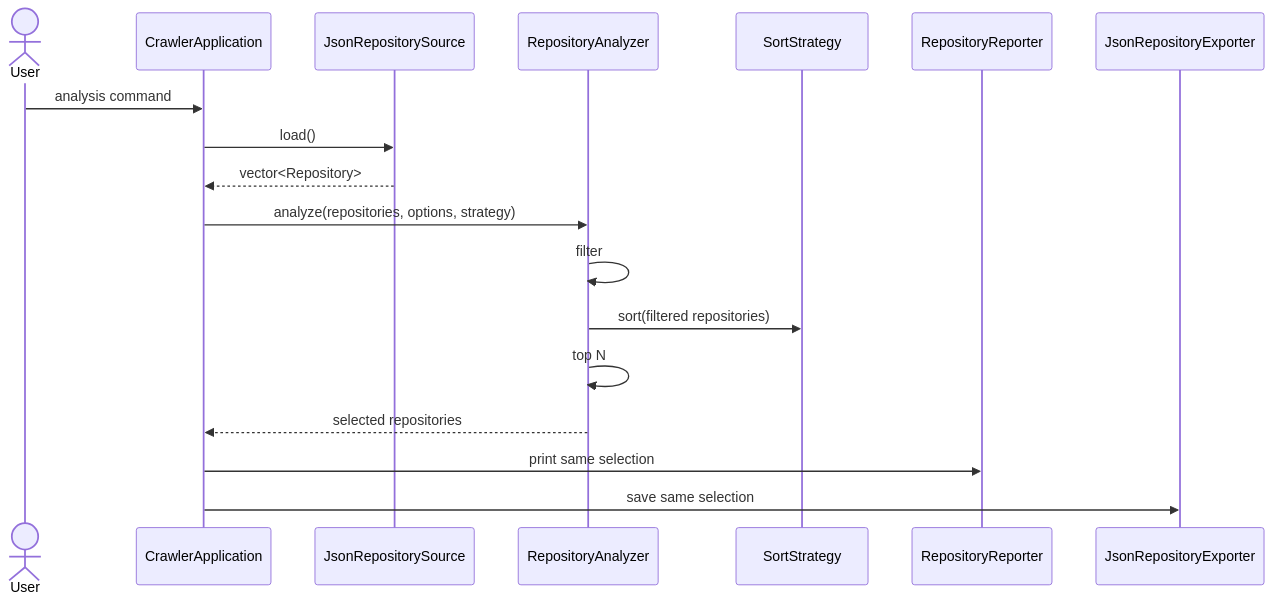
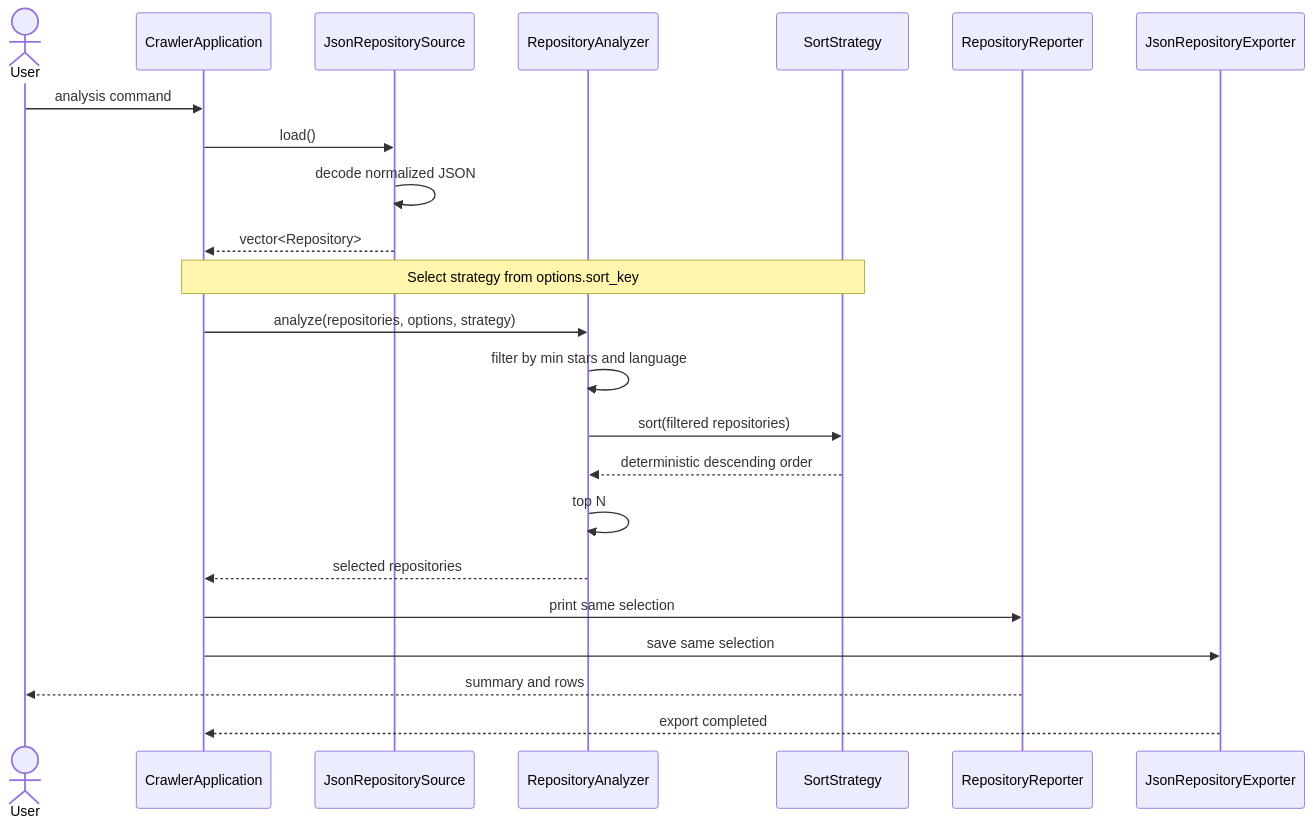
Before and after one commit to brockmcdermott/github-project-crawler: the third of 3 diagrams in design.md, drawn with Mermaid. The commit also changed other lines of this file, not shown here.

Commit message:
Explain analysis interaction and Strategy pattern

````diff
--- a/design.md
+++ b/design.md
@@ -373,21 +371,26 @@
 ```mermaid
 sequenceDiagram
     actor User
     participant App as CrawlerApplication
     participant Source as JsonRepositorySource
     participant Analyzer as RepositoryAnalyzer
     participant Strategy as SortStrategy
     participant Reporter as RepositoryReporter
     participant Exporter as JsonRepositoryExporter
 
     User->>App: analysis command
     App->>Source: load()
+    Source->>Source: decode normalized JSON
     Source-->>App: vector<Repository>
+    Note over App,Strategy: Select strategy from options.sort_key
     App->>Analyzer: analyze(repositories, options, strategy)
-    Analyzer->>Analyzer: filter
+    Analyzer->>Analyzer: filter by min stars and language
     Analyzer->>Strategy: sort(filtered repositories)
+    Strategy-->>Analyzer: deterministic descending order
     Analyzer->>Analyzer: top N
     Analyzer-->>App: selected repositories
     App->>Reporter: print same selection
     App->>Exporter: save same selection
+    Reporter-->>User: summary and rows
+    Exporter-->>App: export completed
 ```
````
